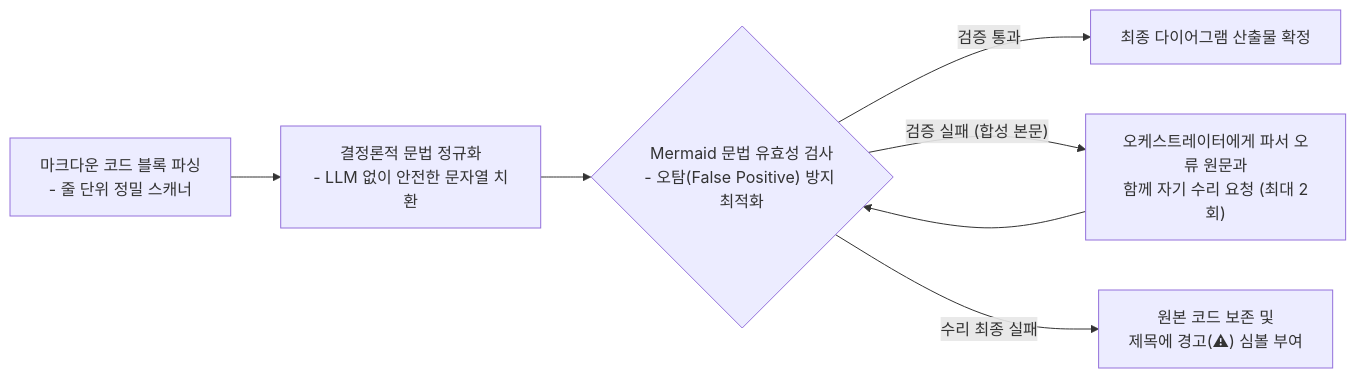
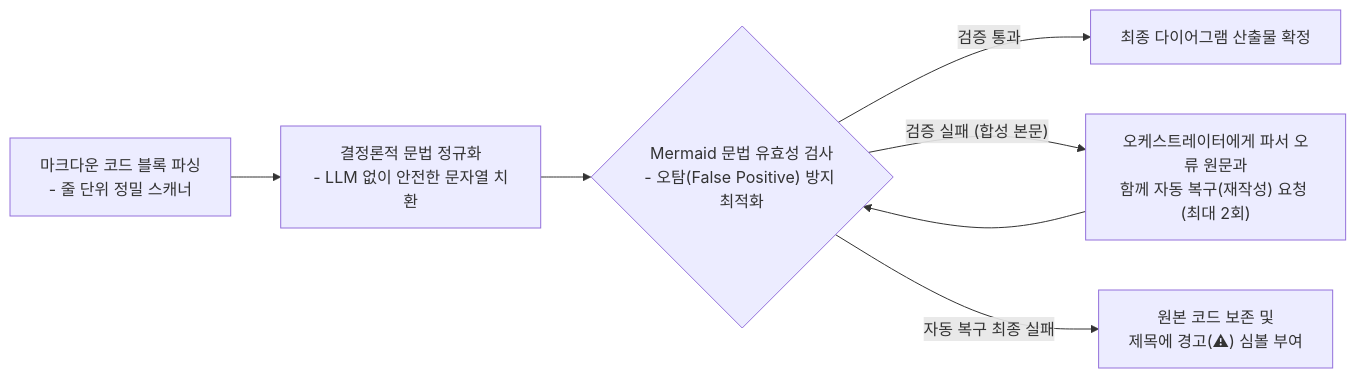
The second of 2 diagrams in lectures/04-core-techniques/04-orchestration.md (HaJaehee/MultiAgentDebateAndOrchestrationPlatform), drawn with Mermaid before and after one commit. The commit also changed other lines of this file and 55 other files, not shown here.

````diff
--- a/lectures/04-core-techniques/04-orchestration.md
+++ b/lectures/04-core-techniques/04-orchestration.md
@@ -162,9 +162,9 @@
 ```mermaid
 flowchart LR
     a["마크다운 코드 블록 파싱<br/>- 줄 단위 정밀 스캐너"] --> b["결정론적 문법 정규화<br/>- LLM 없이 안전한 문자열 치환"]
     b --> c{"Mermaid 문법 유효성 검사<br/>- 오탐(False Positive) 방지 최적화"}
     c -->|"검증 통과"| ok["최종 다이어그램 산출물 확정"]
-    c -->|"검증 실패 (합성 본문)"| r["오케스트레이터에게 파서 오류 원문과<br/>함께 자기 수리 요청 (최대 2회)"]
+    c -->|"검증 실패 (합성 본문)"| r["오케스트레이터에게 파서 오류 원문과<br/>함께 자동 복구(재작성) 요청 (최대 2회)"]
     r --> c
-    c -->|"수리 최종 실패"| w["원본 코드 보존 및<br/>제목에 경고(⚠) 심볼 부여"]
+    c -->|"자동 복구 최종 실패"| w["원본 코드 보존 및<br/>제목에 경고(⚠) 심볼 부여"]
 ```
````
